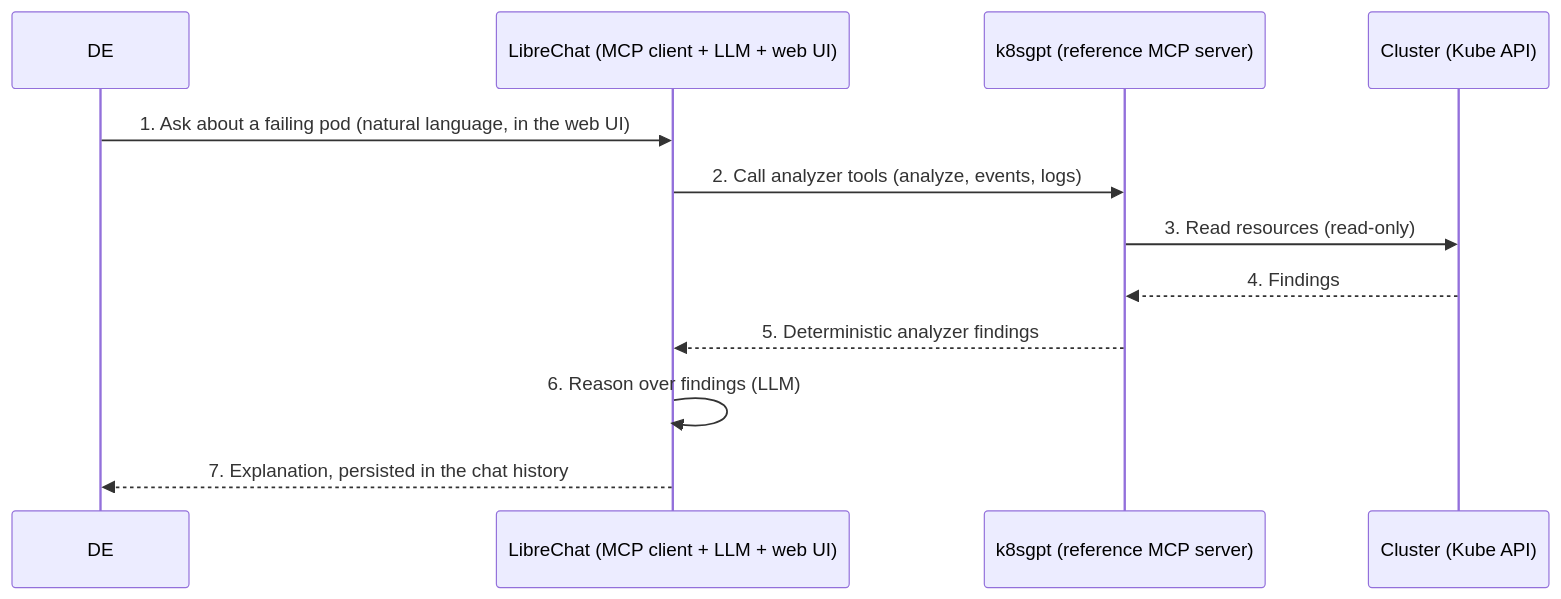
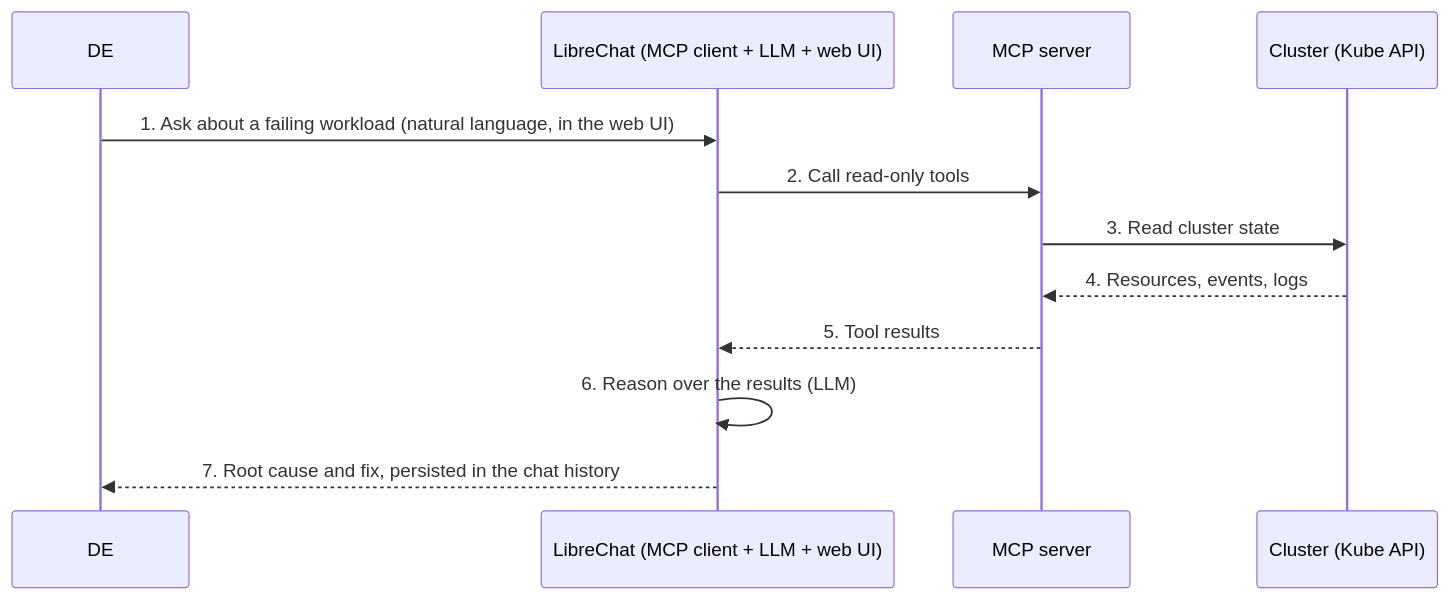
Before and after one commit to wenbierrr/sl-phase-3: the diagram in rfc-1-ai-tool-evaluation.md, drawn with Mermaid. The commit also changed other lines of this file and 1 other file, not shown here.

````diff
--- a/rfc-1-ai-tool-evaluation.md
+++ b/rfc-1-ai-tool-evaluation.md
@@ -128,14 +64,14 @@
 ```mermaid
 sequenceDiagram
     participant DE as DE
     participant LC as LibreChat (MCP client + LLM + web UI)
-    participant K8 as k8sgpt (reference MCP server)
+    participant M as MCP server
     participant C as Cluster (Kube API)
-    DE->>LC: 1. Ask about a failing pod (natural language, in the web UI)
-    LC->>K8: 2. Call analyzer tools (analyze, events, logs)
-    K8->>C: 3. Read resources (read-only)
-    C-->>K8: 4. Findings
-    K8-->>LC: 5. Deterministic analyzer findings
-    LC->>LC: 6. Reason over findings (LLM)
-    LC-->>DE: 7. Explanation, persisted in the chat history
+    DE->>LC: 1. Ask about a failing workload (natural language, in the web UI)
+    LC->>M: 2. Call read-only tools
+    M->>C: 3. Read cluster state
+    C-->>M: 4. Resources, events, logs
+    M-->>LC: 5. Tool results
+    LC->>LC: 6. Reason over the results (LLM)
+    LC-->>DE: 7. Root cause and fix, persisted in the chat history
 ```
````
